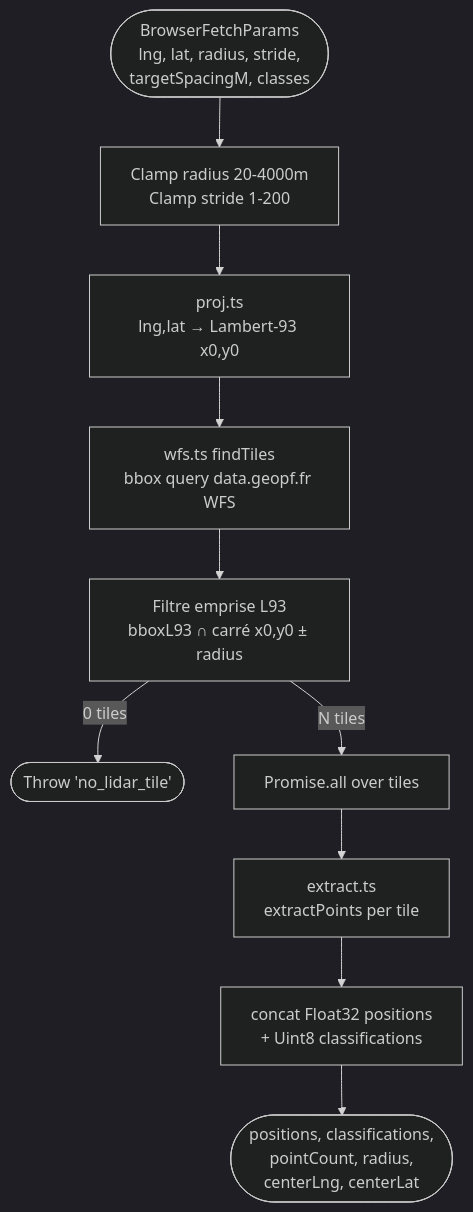
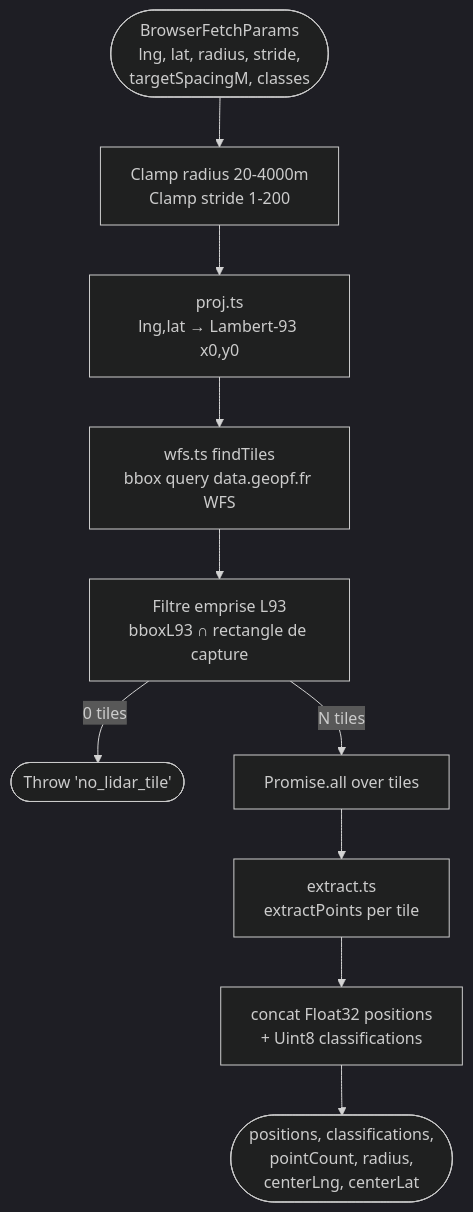
The second of 7 diagrams in docs/LIDAR_PIPELINE.md (Plonk42/open-cairn), drawn with Mermaid (dark theme) before and after one commit. The commit also changed other lines of this file and 1 other file, not shown here.

Commit message:
docs: rectangle-based node selection and whole-node download estimate

````diff
--- a/docs/LIDAR_PIPELINE.md
+++ b/docs/LIDAR_PIPELINE.md
@@ -345,12 +370,12 @@
 ```mermaid
 flowchart TD
     P([BrowserFetchParams<br/>lng, lat, radius, stride,<br/>targetSpacingM, classes]) --> R[Clamp radius 20-4000m<br/>Clamp stride 1-200]
     R --> L93[proj.ts<br/>lng,lat → Lambert-93 x0,y0]
     L93 --> WFS[wfs.ts findTiles<br/>bbox query data.geopf.fr WFS]
-    WFS --> FILT[Filtre emprise L93<br/>bboxL93 ∩ carré x0,y0 ± radius]
+    WFS --> FILT[Filtre emprise L93<br/>bboxL93 ∩ rectangle de capture]
     FILT -->|0 tiles| ERR([Throw 'no_lidar_tile'])
     FILT -->|N tiles| FAN[Promise.all over tiles]
     FAN --> EXT[extract.ts<br/>extractPoints per tile]
     EXT --> MERGE[concat Float32 positions<br/>+ Uint8 classifications]
     MERGE --> OUT([positions, classifications,<br/>pointCount, radius,<br/>centerLng, centerLat])
 ```
````
